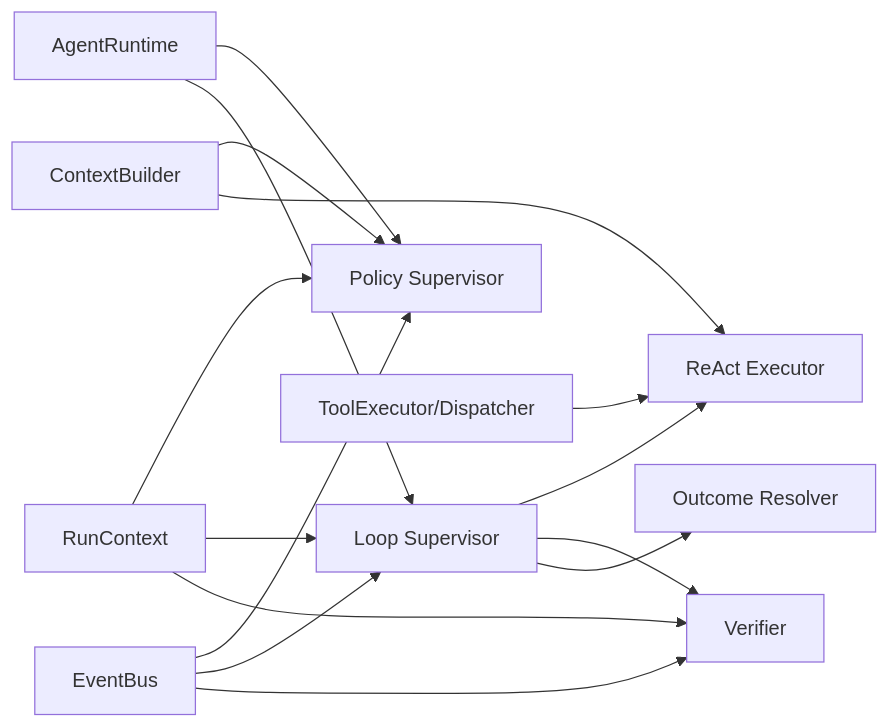
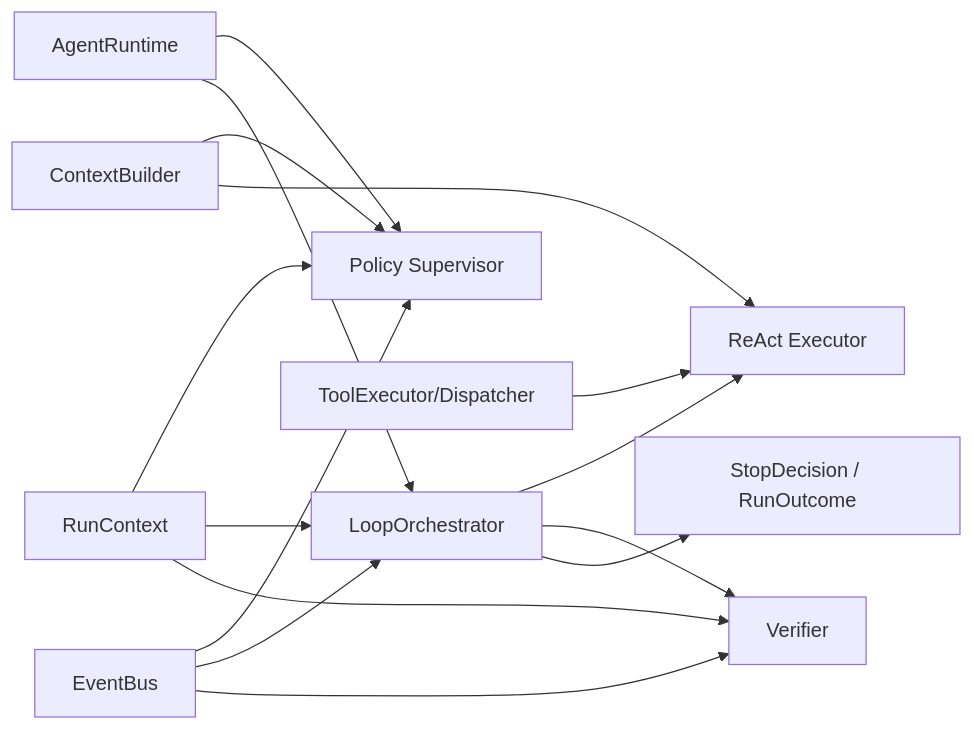
One commit to jaguarliuu/jaguarclaw changed the fourth of 4 diagrams in docs/plans/2026-03-07-agent-intelligence-stop-loss-ralph-loop-design.md. Above: the diagram before and after it, drawn with Mermaid. The commit also changed other lines of this file and 3 other files, not shown here.

````diff
--- a/docs/plans/2026-03-07-agent-intelligence-stop-loss-ralph-loop-design.md
+++ b/docs/plans/2026-03-07-agent-intelligence-stop-loss-ralph-loop-design.md
@@ -523,20 +523,20 @@
 ```mermaid
 flowchart LR
     A[AgentRuntime] --> B[Policy Supervisor]
-    A --> C[Loop Supervisor]
+    A --> C[LoopOrchestrator]
     C --> D[ReAct Executor]
     C --> E[Verifier]
-    C --> F[Outcome Resolver]
+    C --> F[StopDecision / RunOutcome]
 
     G[RunContext] --> B
     G --> C
     G --> E
 
     H[ContextBuilder] --> B
     H --> D
 
     I[ToolExecutor/Dispatcher] --> D
     J[EventBus] --> B
     J --> C
     J --> E
 ```
````
